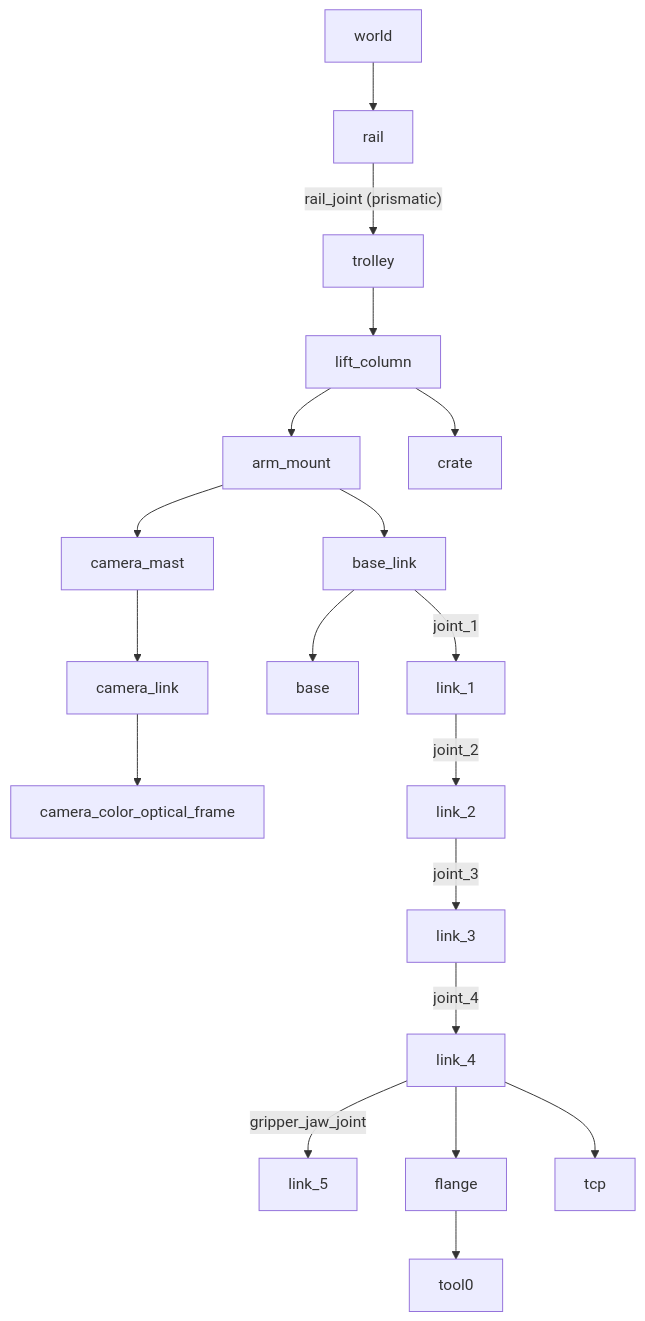
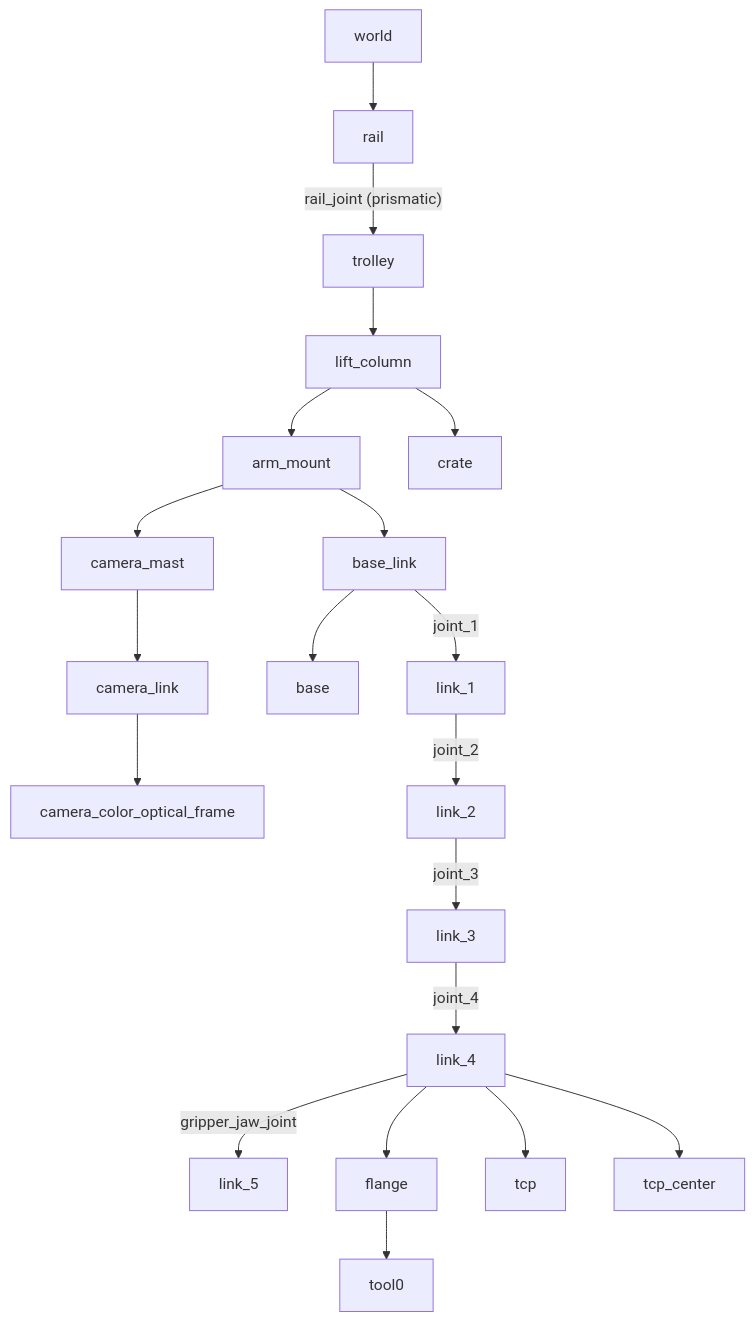
Before and after one commit to basheeraltawil/agrobot-ros2-agricultural-robot-arm: the tenth of 18 diagrams in README.md, drawn with Mermaid. The commit also changed other lines of this file and 13 other files, not shown here.

````diff
--- a/README.md
+++ b/README.md
@@ -512,18 +515,19 @@
 ```mermaid
 flowchart TD
     world --> rail
     rail -- "rail_joint (prismatic)" --> trolley
     trolley --> lift_column
     lift_column --> arm_mount
     lift_column --> crate
     arm_mount --> base_link
     arm_mount --> camera_mast --> camera_link --> camera_color_optical_frame
     base_link --> base
     base_link -- joint_1 --> link_1
     link_1 -- joint_2 --> link_2
     link_2 -- joint_3 --> link_3
     link_3 -- joint_4 --> link_4
     link_4 -- gripper_jaw_joint --> link_5
     link_4 --> flange --> tool0
     link_4 --> tcp
+    link_4 --> tcp_center
 ```
````
